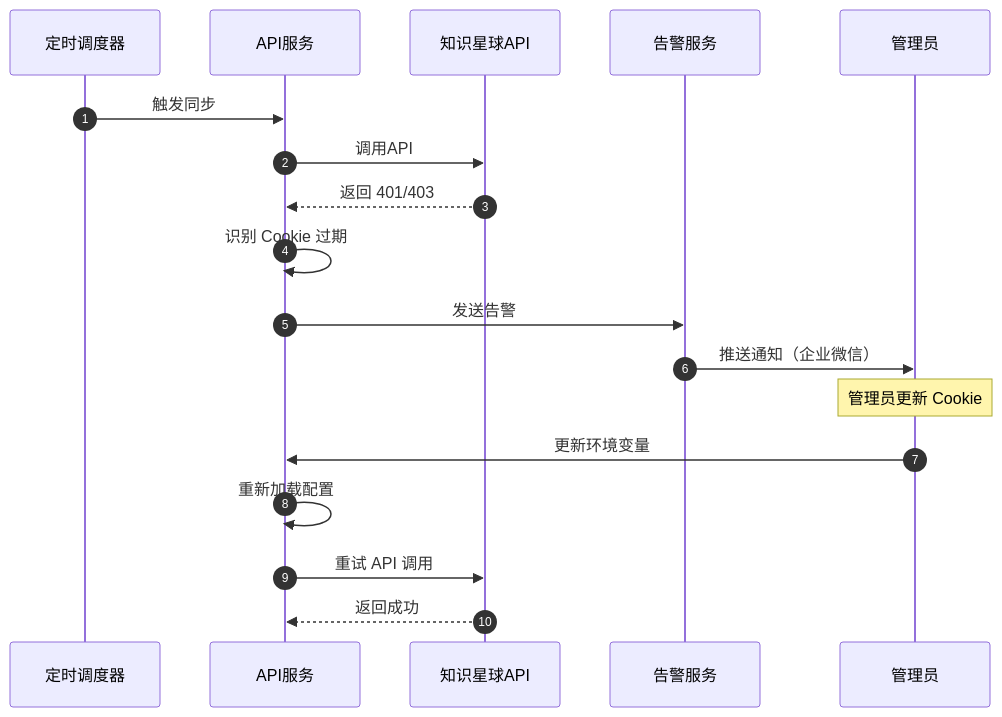
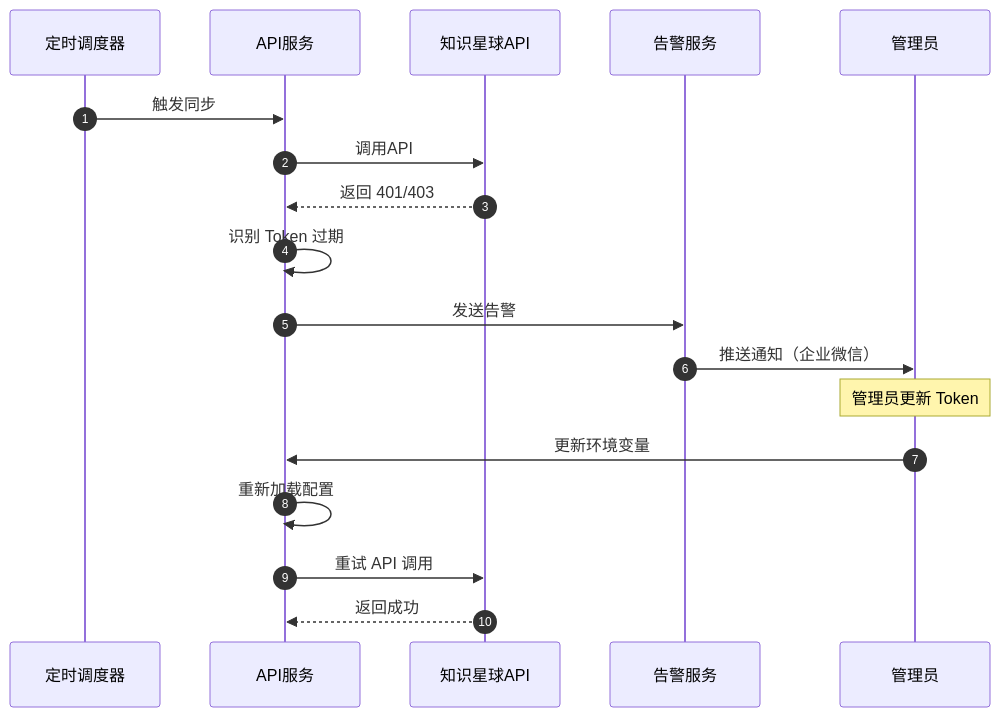
Before and after one commit to yiancode/AutoDepositRefundAgent: diagram 11 of 12 in docs/v1/diagrams/时序图.md, drawn with Mermaid. The commit also changed other lines of this file and 11 other files, not shown here.

````diff
--- a/docs/v1/diagrams/时序图.md
+++ b/docs/v1/diagrams/时序图.md
@@ -476,25 +476,25 @@
 ```mermaid
 sequenceDiagram
     autonumber
     participant Scheduler as 定时调度器
     participant API as API服务
     participant ZSXQ as 知识星球API
     participant Alert as 告警服务
     participant Admin as 管理员
 
     Scheduler->>API: 触发同步
     API->>ZSXQ: 调用API
     ZSXQ-->>API: 返回 401/403
 
-    API->>API: 识别 Cookie 过期
+    API->>API: 识别 Token 过期
     API->>Alert: 发送告警
     Alert->>Admin: 推送通知（企业微信）
 
-    Note over Admin: 管理员更新 Cookie
+    Note over Admin: 管理员更新 Token
 
     Admin->>API: 更新环境变量
     API->>API: 重新加载配置
 
     API->>ZSXQ: 重试 API 调用
     ZSXQ-->>API: 返回成功
 ```
````
